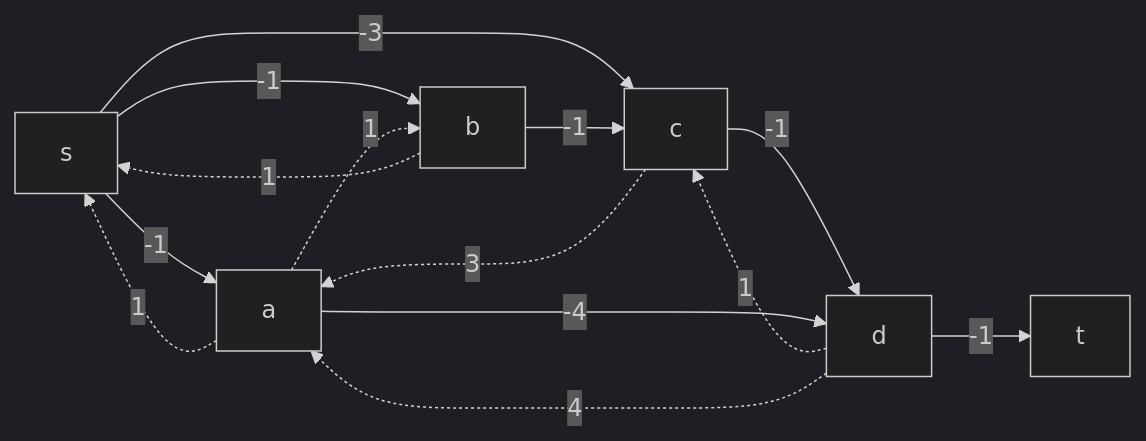
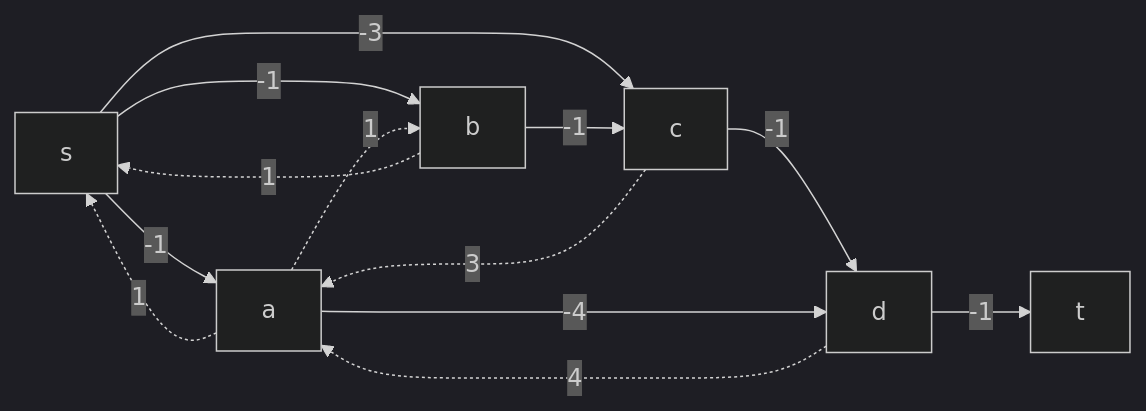
One commit to hse-algo-24-raven/manual-tasks-raven changed diagram 15 of 16 in task-10/tbd_v3.md. Above: the diagram before and after it, drawn with Mermaid (dark theme). The commit also changed other lines of this file, not shown here.

````diff
--- a/task-10/tbd_v3.md
+++ b/task-10/tbd_v3.md
@@ -256,12 +256,12 @@
 ```mermaid
 graph LR
     s-->|-1|a-.->|1|s
     b-.->|1|s-->|-1|b
     s-->|-3|c
     a-.->|1|b
     b-->|-1|c
-    d-.->|1|c-->|-1|d
+    c-->|-1|d
     c-.->|3|a
     a-->|-4|d-.->|4|a
     d-->|-1|t
 ```
````
